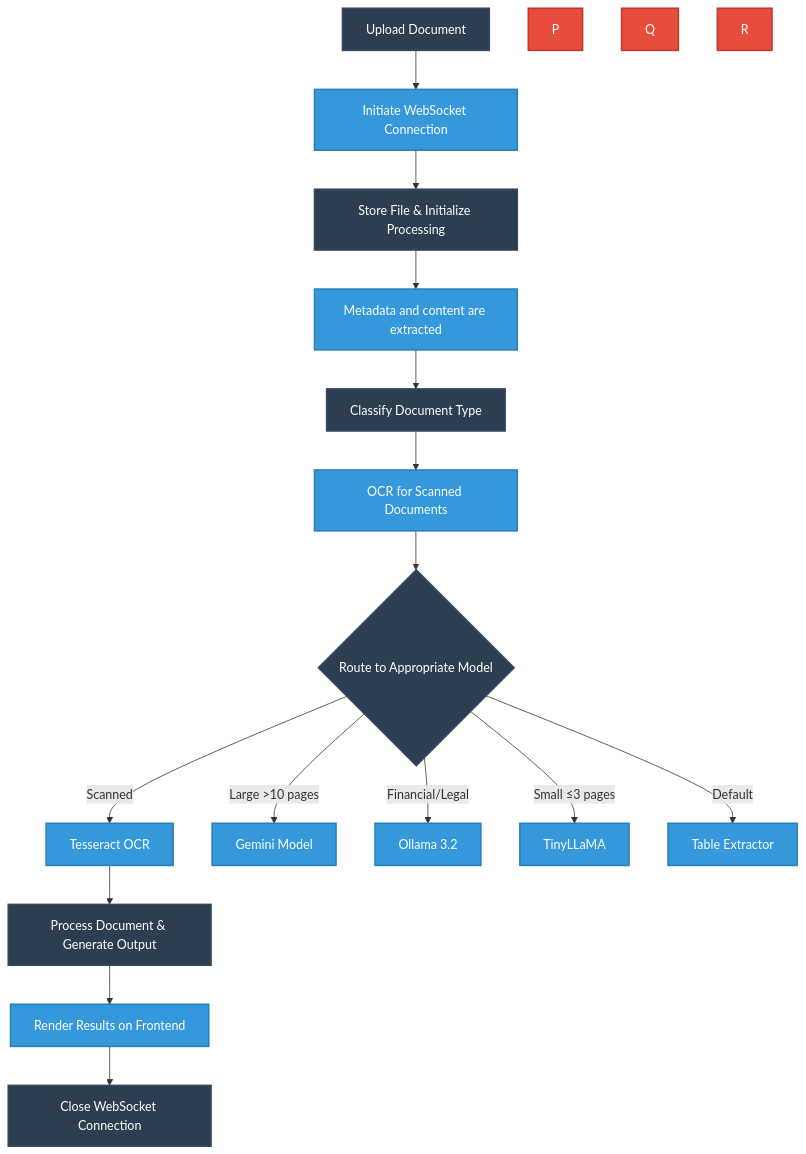
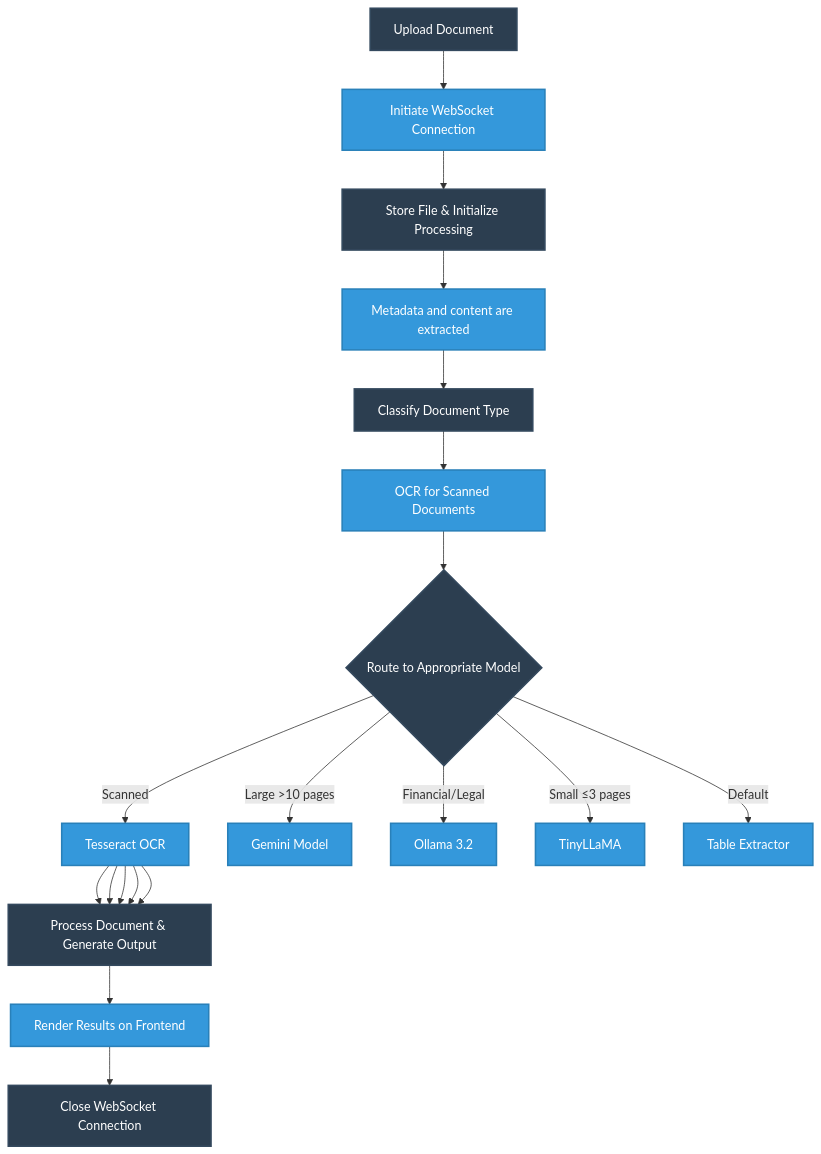
One commit to pharshithaa/document-processing-system changed the diagram in README.md. Above: the diagram before and after it, drawn with Mermaid.

````diff
--- a/README.md
+++ b/README.md
@@ -9,49 +9,51 @@
 ```mermaid
 graph TD
     %% Frontend Flow
     A[Upload Document] --> B[Initiate WebSocket Connection]
     B --> C[Store File & Initialize Processing]
     
     %% Backend Processing
     C --> D[Metadata and content are extracted]
     D --> E[Classify Document Type]
     
     %% Document Analysis
     E --> F[OCR for Scanned Documents]
     F --> G{Route to Appropriate Model}
     
     %% Processing Paths
     G -->|Scanned| H[Tesseract OCR]
     G -->|Large >10 pages| I[Gemini Model]
     G -->|Financial/Legal| J[Ollama 3.2]
     G -->|Small ≤3 pages| K[TinyLLaMA]
     G -->|Default| L[Table Extractor]
     
     %% Content Processing
     H --> M[Process Document & Generate Output]
+    H --> M
+    H --> M
+    H --> M
+    H --> M
+
     
     %% Results & Status
     M --> N[Render Results on Frontend]
     N --> O[Close WebSocket Connection]
     
 
     %% Styling - Professional Blue Theme
     style A fill:#2c3e50,stroke:#34495e,stroke-width:2px,color:#fff
     style B fill:#3498db,stroke:#2980b9,stroke-width:2px,color:#fff
     style C fill:#2c3e50,stroke:#34495e,stroke-width:2px,color:#fff
     style D fill:#3498db,stroke:#2980b9,stroke-width:2px,color:#fff
     style E fill:#2c3e50,stroke:#34495e,stroke-width:2px,color:#fff
     style F fill:#3498db,stroke:#2980b9,stroke-width:2px,color:#fff
     style G fill:#2c3e50,stroke:#34495e,stroke-width:2px,color:#fff
     style H fill:#3498db,stroke:#2980b9,stroke-width:2px,color:#fff
     style I fill:#3498db,stroke:#2980b9,stroke-width:2px,color:#fff
     style J fill:#3498db,stroke:#2980b9,stroke-width:2px,color:#fff
     style K fill:#3498db,stroke:#2980b9,stroke-width:2px,color:#fff
     style L fill:#3498db,stroke:#2980b9,stroke-width:2px,color:#fff
     style M fill:#2c3e50,stroke:#34495e,stroke-width:2px,color:#fff
     style N fill:#3498db,stroke:#2980b9,stroke-width:2px,color:#fff
     style O fill:#2c3e50,stroke:#34495e,stroke-width:2px,color:#fff
-    style P fill:#e74c3c,stroke:#c0392b,stroke-width:2px,color:#fff
-    style Q fill:#e74c3c,stroke:#c0392b,stroke-width:2px,color:#fff
-    style R fill:#e74c3c,stroke:#c0392b,stroke-width:2px,color:#fff
 ```
````
